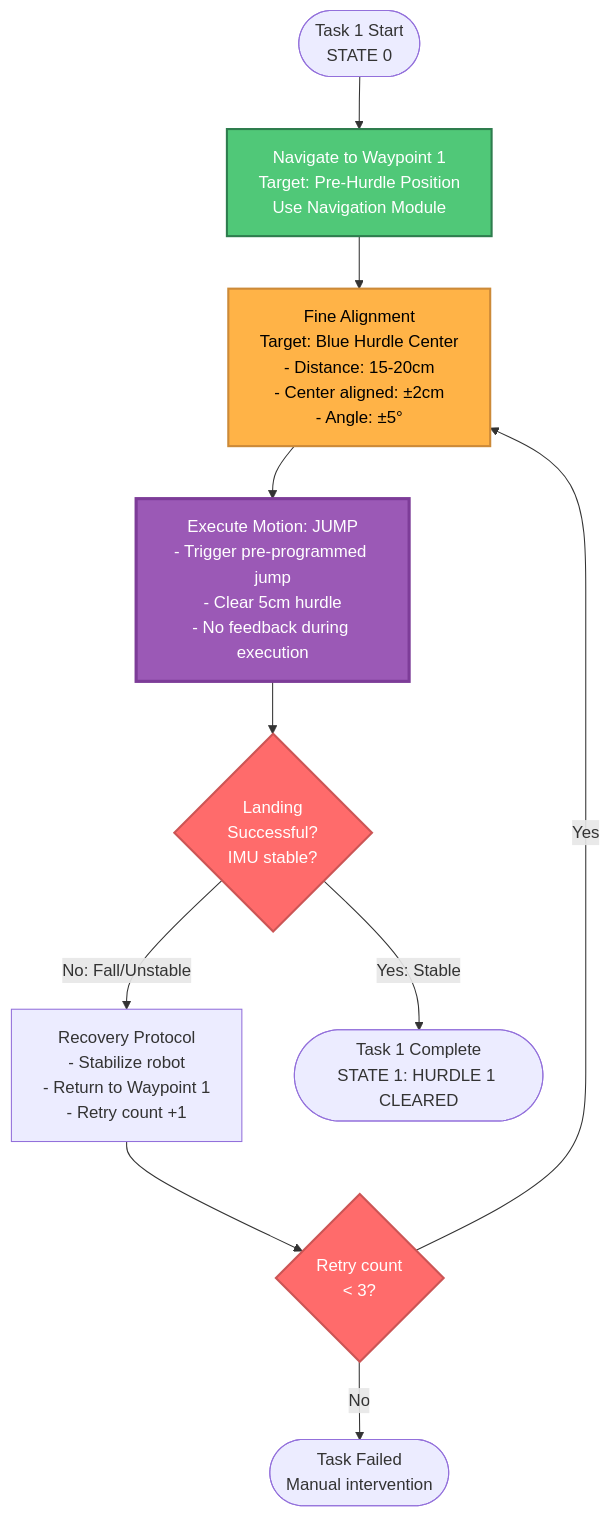
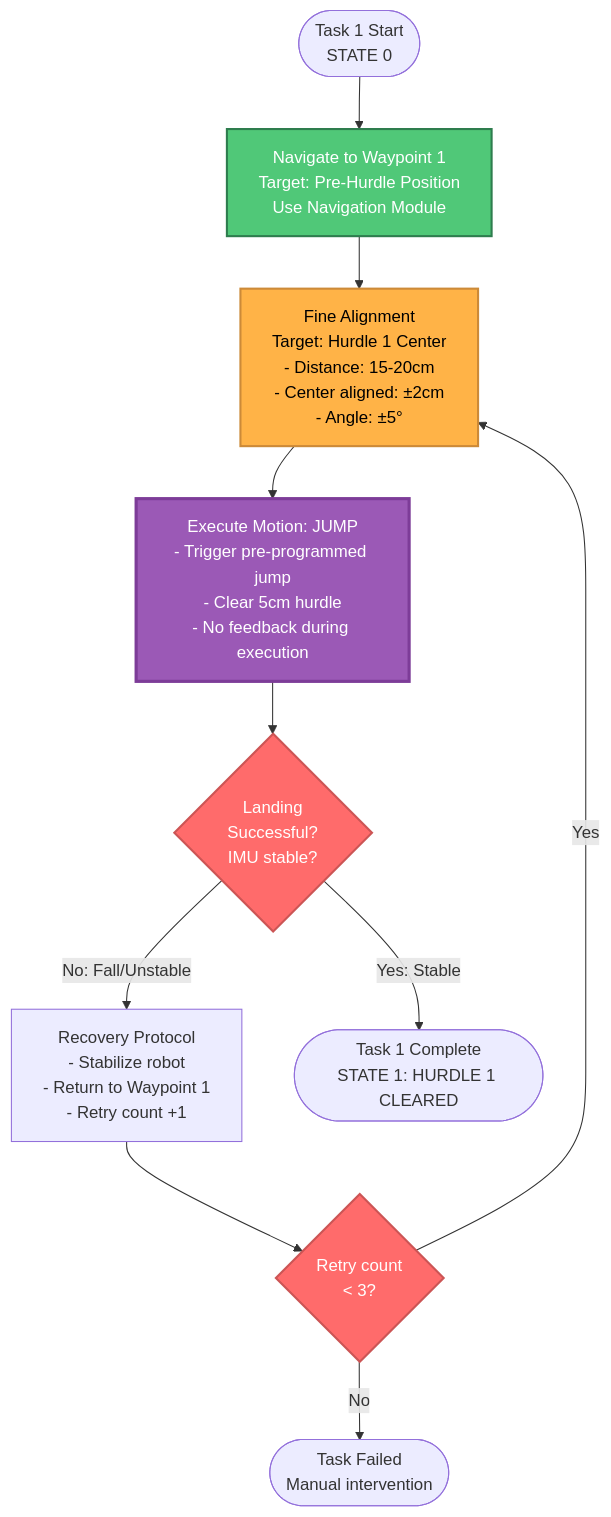
Before and after one commit to RHplusLab/RHplusLab.github.io: the fourth of 7 diagrams in docs/task/index.md, drawn with Mermaid. The commit also changed other lines of this file and 19 other files, not shown here.

````diff
--- a/docs/task/index.md
+++ b/docs/task/index.md
@@ -133,21 +122,21 @@
     ```mermaid
     flowchart TD
         Start([Task 1 Start<br/>STATE 0]) --> Nav[Navigate to Waypoint 1<br/>Target: Pre-Hurdle Position<br/>Use Navigation Module]
-        Nav --> Align[Fine Alignment<br/>Target: Blue Hurdle Center<br/>- Distance: 15-20cm<br/>- Center aligned: ±2cm<br/>- Angle: ±5°]
+        Nav --> Align[Fine Alignment<br/>Target: Hurdle 1 Center<br/>- Distance: 15-20cm<br/>- Center aligned: ±2cm<br/>- Angle: ±5°]
         Align --> Execute[Execute Motion: JUMP<br/>- Trigger pre-programmed jump<br/>- Clear 5cm hurdle<br/>- No feedback during execution]
         Execute --> CheckLanding{Landing<br/>Successful?<br/>IMU stable?}
         CheckLanding -->|No: Fall/Unstable| Recover[Recovery Protocol<br/>- Stabilize robot<br/>- Return to Waypoint 1<br/>- Retry count +1]
         Recover --> MaxRetry{Retry count<br/>< 3?}
         MaxRetry -->|No| Fail([Task Failed<br/>Manual intervention])
         MaxRetry -->|Yes| Align
         CheckLanding -->|Yes: Stable| Complete([Task 1 Complete<br/>STATE 1: HURDLE 1 CLEARED])
 
         classDef navClass fill:#50C878,stroke:#2E7D4E,stroke-width:2px,color:#fff
         classDef alignClass fill:#FFB347,stroke:#CC8A38,stroke-width:2px,color:#000
         classDef execClass fill:#9B59B6,stroke:#7D3C98,stroke-width:3px,color:#fff
         classDef checkClass fill:#FF6B6B,stroke:#CC5555,stroke-width:2px,color:#fff
         class Nav navClass
         class Align alignClass
         class Execute execClass
         class CheckLanding,MaxRetry checkClass
     ```
````
